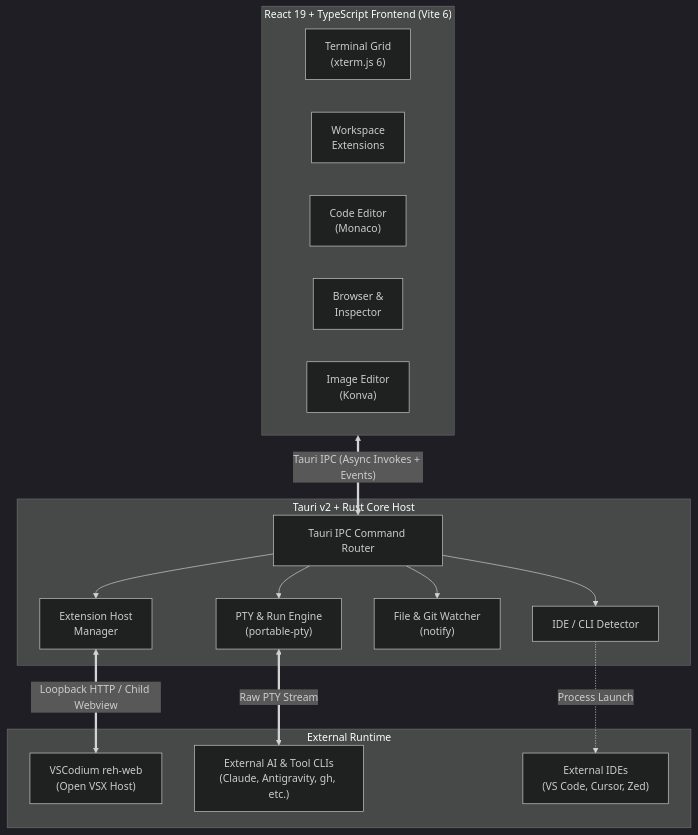
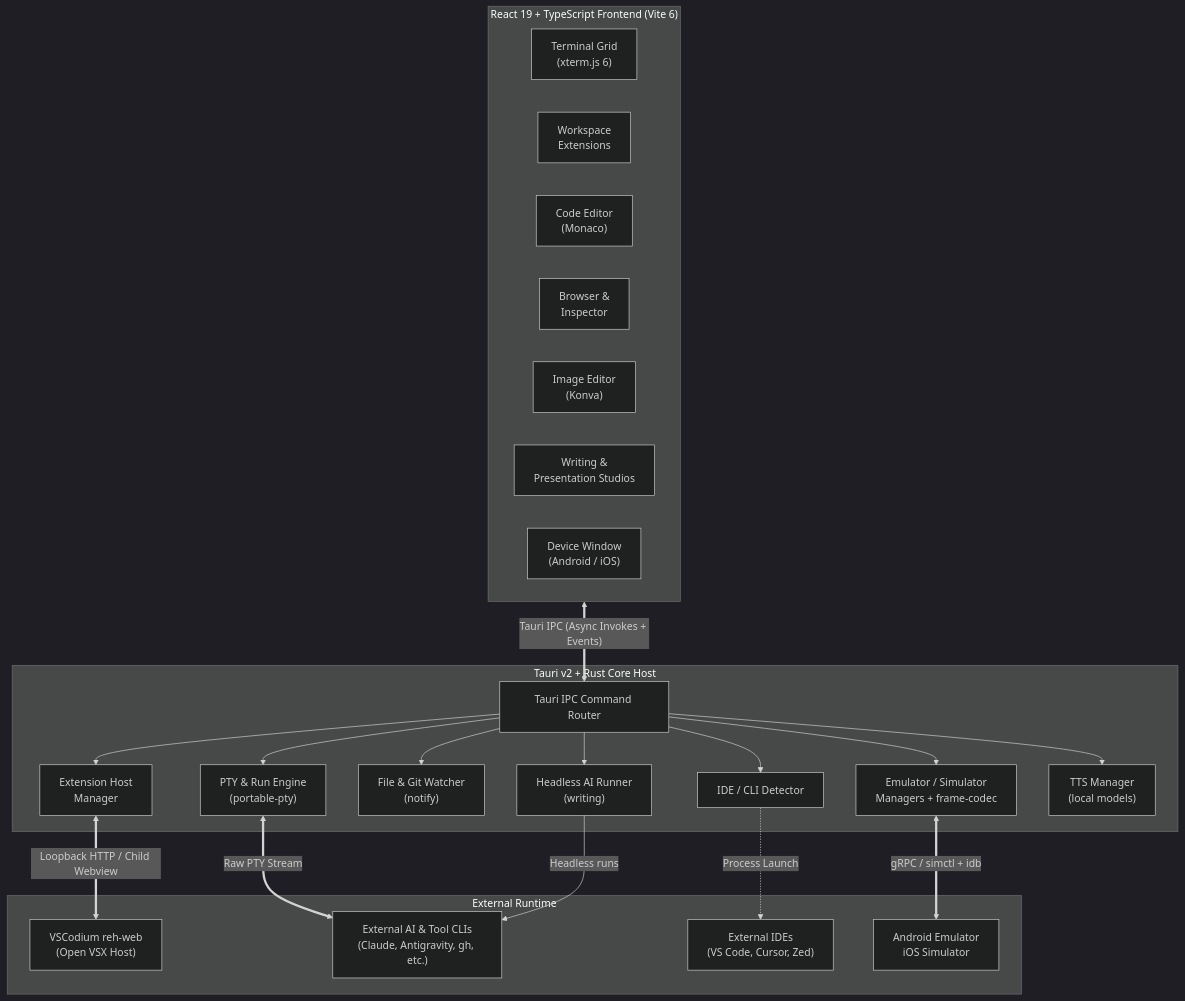
Before and after one commit to wolfenazz/YzPzCode: the diagram in README.md, drawn with Mermaid (dark theme). The commit also changed other lines of this file and 18 other files, not shown here.

Commit message:
feat: writing Word import adopts headings as sections, contributors graphic and README refresh; bump v5.32.0

````diff
--- a/README.md
+++ b/README.md
@@ -290,35 +421,46 @@
 ```mermaid
 flowchart TB
     subgraph Frontend["React 19 + TypeScript Frontend (Vite 6)"]
         direction LR
         UI_Term["Terminal Grid\n(xterm.js 6)"]
         UI_Ext["Workspace\nExtensions"]
         UI_Editor["Code Editor\n(Monaco)"]
         UI_Browser["Browser &\nInspector"]
         UI_Image["Image Editor\n(Konva)"]
+        UI_Studio["Writing &\nPresentation Studios"]
+        UI_Device["Device Window\n(Android / iOS)"]
     end
 
     subgraph TauriHost["Tauri v2 + Rust Core Host"]
         IPC["Tauri IPC Command Router"]
         PTY["PTY & Run Engine\n(portable-pty)"]
         ExtHost["Extension Host\nManager"]
         FS["File & Git Watcher\n(notify)"]
         DevEnv["IDE / CLI Detector"]
+        Writing["Headless AI Runner\n(writing)"]
+        Device["Emulator / Simulator\nManagers + frame-codec"]
+        TTS["TTS Manager\n(local models)"]
     end
 
     subgraph External["External Runtime"]
         ExtRuntime["VSCodium reh-web\n(Open VSX Host)"]
         CLIs["External AI & Tool CLIs\n(Claude, Antigravity, gh, etc.)"]
         IDEs["External IDEs\n(VS Code, Cursor, Zed)"]
+        Mobile["Android Emulator\niOS Simulator"]
     end
 
     Frontend <==>|"Tauri IPC (Async Invokes + Events)"| IPC
     IPC --> PTY
     IPC --> ExtHost
     IPC --> FS
     IPC --> DevEnv
+    IPC --> Writing
+    IPC --> Device
+    IPC --> TTS
 
     PTY <==>|"Raw PTY Stream"| CLIs
     ExtHost <==>|"Loopback HTTP / Child Webview"| ExtRuntime
     DevEnv -.->|"Process Launch"| IDEs
+    Writing -->|"Headless runs"| CLIs
+    Device <==>|"gRPC / simctl + idb"| Mobile
 ```
````
